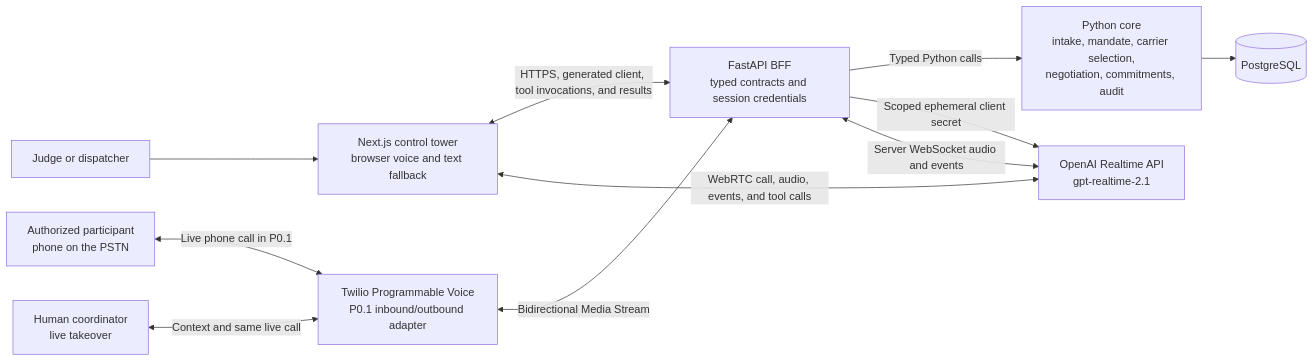
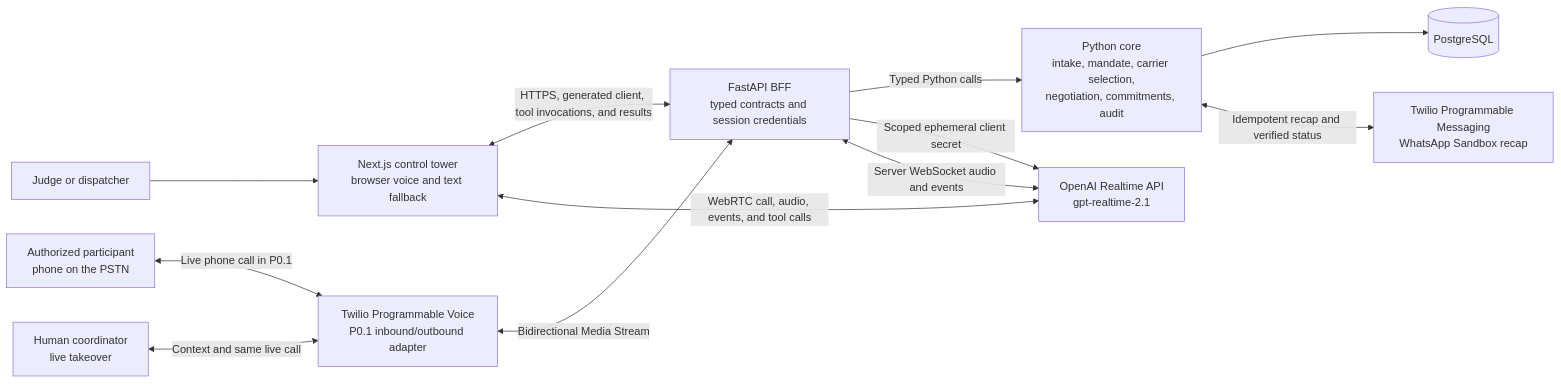
Before and after one commit to rmcosta-lab/yuno-kickstart: the diagram in docs/decisions/challenge-plan.md, drawn with Mermaid. The commit also changed other lines of this file and 3 other files, not shown here.

Commit message:
Restore Phase 27 with Twilio WhatsApp

````diff
--- a/docs/decisions/challenge-plan.md
+++ b/docs/decisions/challenge-plan.md
@@ -187,23 +187,25 @@
 ```mermaid
 flowchart LR
     participant["Judge or dispatcher"]
     browser["Next.js control tower<br/>browser voice and text fallback"]
     api["FastAPI BFF<br/>typed contracts and session credentials"]
     core["Python core<br/>intake, mandate, carrier selection,<br/>negotiation, commitments, audit"]
     postgres[(PostgreSQL)]
     realtime["OpenAI Realtime API<br/>gpt-realtime-2.1"]
     phone["Authorized participant<br/>phone on the PSTN"]
     provider["Twilio Programmable Voice<br/>P0.1 inbound/outbound adapter"]
+    recap["Twilio Programmable Messaging<br/>WhatsApp Sandbox recap"]
     coordinator["Human coordinator<br/>live takeover"]
 
     participant --> browser
     browser <-->|"HTTPS, generated client, tool invocations, and results"| api
     api -->|"Typed Python calls"| core
     core --> postgres
     api -->|"Scoped ephemeral client secret"| realtime
     browser <-->|"WebRTC call, audio, events, and tool calls"| realtime
     phone <-->|"Live phone call in P0.1"| provider
     provider <-->|"Bidirectional Media Stream"| api
+    core <-->|"Idempotent recap and verified status"| recap
     api <-->|"Server WebSocket audio and events"| realtime
     coordinator <-->|"Context and same live call"| provider
 ```
````
